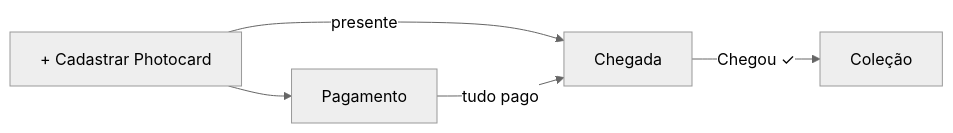
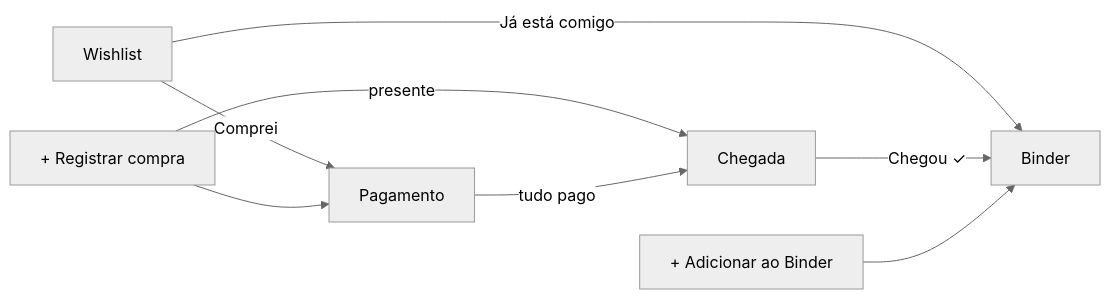
One commit to renokkj/pop-collection changed the diagram in README.md. Above: the diagram before and after it, drawn with Mermaid (neutral theme). The commit also changed other lines of this file and 15 other files, not shown here.

Commit message:
Adiciona gráficos ao Financeiro e atualiza o README com Binder e Wishlist

````diff
--- a/README.md
+++ b/README.md
@@ -53,7 +73,10 @@
 ```mermaid
 flowchart LR
-    A[+ Cadastrar Photocard] --> B[Pagamento]
-    A -->|presente| C
-    B -->|tudo pago| C[Chegada]
-    C -->|Chegou ✓| D[Coleção]
+    W[Wishlist] -->|Comprei| P
+    W -->|Já está comigo| B
+    N[+ Registrar compra] --> P[Pagamento]
+    N -->|presente| C
+    P -->|tudo pago| C[Chegada]
+    C -->|Chegou ✓| B[Binder]
+    A[+ Adicionar ao Binder] --> B
 ```
````
